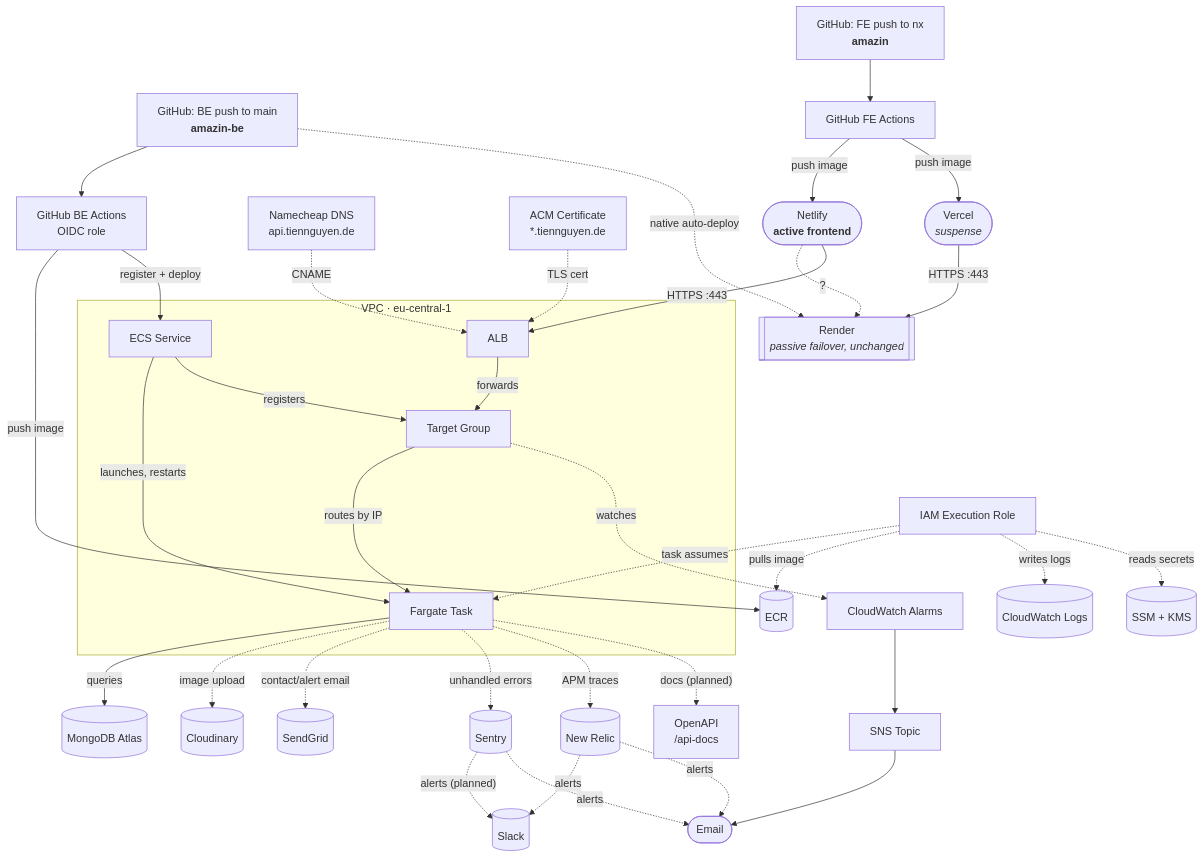
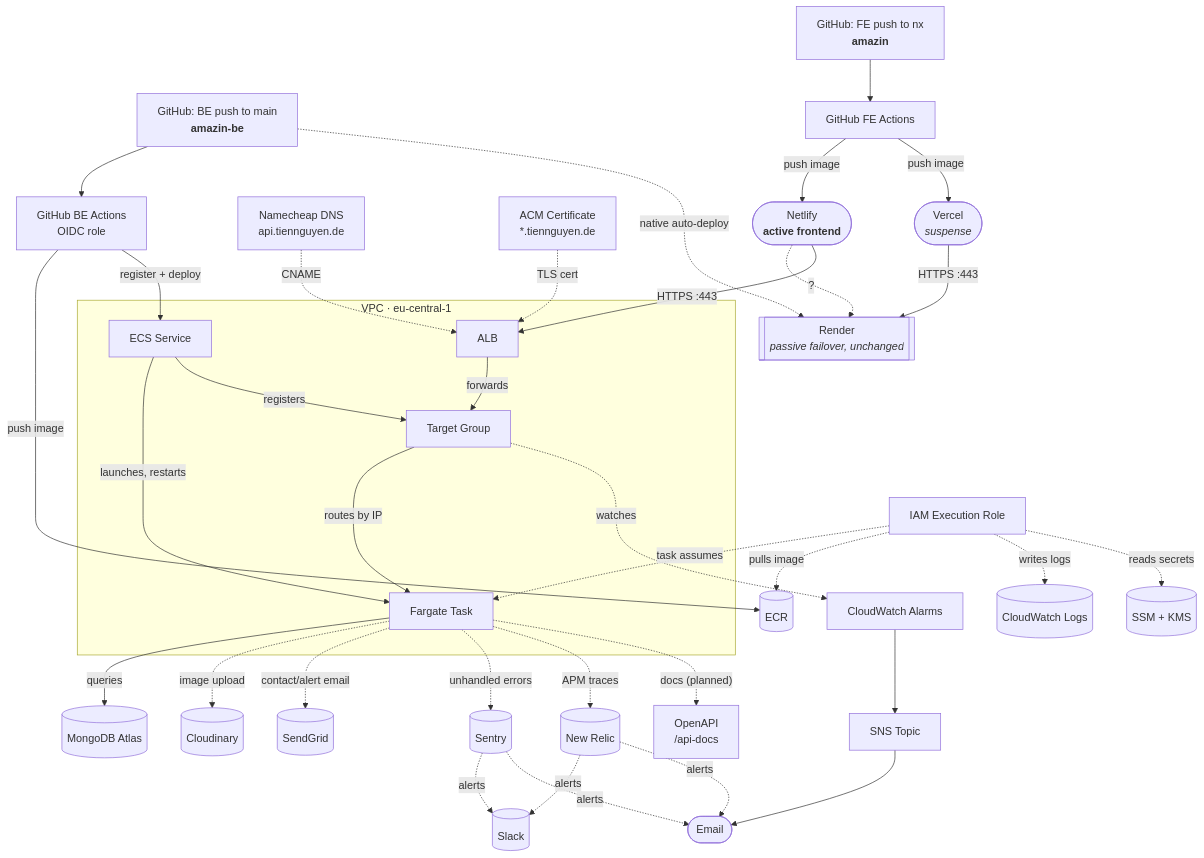
Before and after one commit to ntrix/amazin-be: the second of 2 diagrams in README.md, drawn with Mermaid.

Commit message:
docs(readme): sentry-slack alerts confirmed live, drop planned label

````diff
--- a/README.md
+++ b/README.md
@@ -116,49 +116,49 @@
 ```mermaid
 flowchart TB
   GitHubBE["GitHub: BE push to main<br/><b>amazin-be</b>"] --> ActionsBE["GitHub BE Actions<br/>OIDC role"]
   ActionsBE -->|"push image"| ECR2[("ECR")]
   ActionsBE -->|"register + deploy"| Service2
   GitHubBE -.->|"native auto-deploy"| Render2
 
   DNS["Namecheap DNS<br/>api.tiennguyen.de"] -. CNAME .-> ALB2
   ACM["ACM Certificate<br/>*.tiennguyen.de"] -. "TLS cert" .-> ALB2
 
   GitHubFE["GitHub: FE push to nx<br/><b>amazin</b>"] --> ActionsFE["GitHub FE Actions"]
   ActionsFE -->|"push image"| Netlify2(["Netlify<br/><b>active frontend</b>"]) .->|"?"| Render2
   Netlify2 -->|"HTTPS :443"| ALB2["ALB"]
   ActionsFE -->|"push image"| Vercel2(["Vercel<br/><i>suspense</i>"]) -->|"HTTPS :443"| Render2
   ALB2 -->|forwards| TG2["Target Group"]
   TG2 -->|"routes by IP"| Task2["Fargate Task"]
   Task2 -->|queries| Mongo2[("MongoDB Atlas")]
   Service2["ECS Service"] -->|"launches, restarts"| Task2
   Service2 -->|registers| TG2
 
   ~~~Role2["IAM Execution Role"] -. "task assumes" .-> Task2
   Role2 -. "pulls image" .-> ECR2
   Role2 -. "writes logs" .-> Logs2[("CloudWatch Logs")]
   Role2 -. "reads secrets" .-> SSM2[("SSM + KMS")]
 
   TG2 -. watches .-> Alarms["CloudWatch Alarms"]
   Alarms --> SNS["SNS Topic"]
   SNS --> Email([Email])
 
   Task2 -. "image upload" .-> Cloudinary[("Cloudinary")]
   Task2 -. "contact/alert email" .-> SendGrid[("SendGrid")]
 
   Task2 -. "unhandled errors" .-> Sentry[("Sentry")]
   Task2 -. "APM traces" .-> NewRelic[("New Relic")]
   Task2 -. "docs (planned)" .-> OpenAPI["OpenAPI<br>/api-docs"]
-  Sentry -. "alerts (planned)" .-> Slack[("Slack")]
+  Sentry -. alerts .-> Slack[("Slack")]
   Sentry -. alerts .-> Email
   NewRelic -. alerts .-> Slack
   NewRelic -. alerts .-> Email
 
   Render2[["Render<br/><i>passive failover, unchanged</i>"]]
 
   subgraph VPC2["VPC · eu-central-1"]
     ALB2
     TG2
     Task2
     Service2
   end
 ```
````
